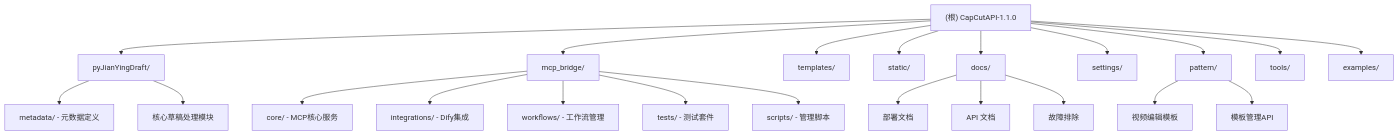
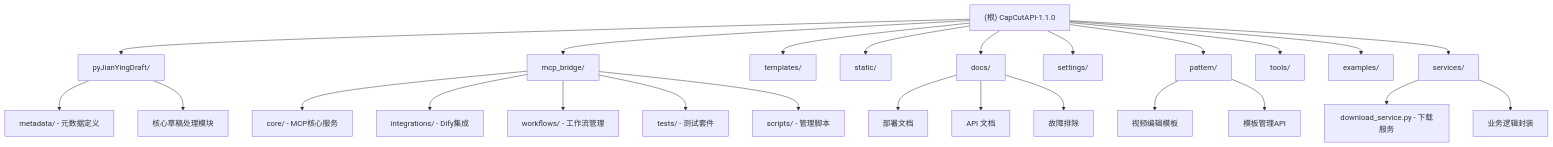
One commit to xiaoxishui123/CapCutAPI-1.1.0 changed the diagram in CLAUDE.md. Above: the diagram before and after it, drawn with Mermaid. The commit also changed other lines of this file and 23 other files, not shown here.

````diff
--- a/CLAUDE.md
+++ b/CLAUDE.md
@@ -81,38 +91,43 @@
 ```mermaid
 graph TD
     A["(根) CapCutAPI-1.1.0"] --> B["pyJianYingDraft/"];
     A --> C["mcp_bridge/"];
     A --> D["templates/"];
     A --> E["static/"];
     A --> F["docs/"];
     A --> G["settings/"];
     A --> H["pattern/"];
     A --> I["tools/"];
     A --> J["examples/"];
+    A --> K["services/"];
 
     B --> B1["metadata/ - 元数据定义"];
     B --> B2["核心草稿处理模块"];
 
     C --> C1["core/ - MCP核心服务"];
     C --> C2["integrations/ - Dify集成"];
     C --> C3["workflows/ - 工作流管理"];
     C --> C4["tests/ - 测试套件"];
     C --> C5["scripts/ - 管理脚本"];
 
     F --> F1["部署文档"];
     F --> F2["API 文档"];
     F --> F3["故障排除"];
 
     H --> H1["视频编辑模板"];
     H --> H2["模板管理API"];
 
+    K --> K1["download_service.py - 下载服务"];
+    K --> K2["业务逻辑封装"];
+
     click B "./pyJianYingDraft/CLAUDE.md" "查看 pyJianYingDraft 模块文档"
     click C "./mcp_bridge/CLAUDE.md" "查看 mcp_bridge 模块文档"
     click D "./templates/CLAUDE.md" "查看 templates 模块文档"
     click E "./static/CLAUDE.md" "查看 static 模块文档"
     click F "./docs/CLAUDE.md" "查看 docs 模块文档"
     click G "./settings/CLAUDE.md" "查看 settings 模块文档"
     click H "./pattern/CLAUDE.md" "查看 pattern 模块文档"
     click I "./tools/CLAUDE.md" "查看 tools 模块文档"
     click J "./examples/CLAUDE.md" "查看 examples 模块文档"
+    click K "./services/CLAUDE.md" "查看 services 模块文档"
 ```
````
